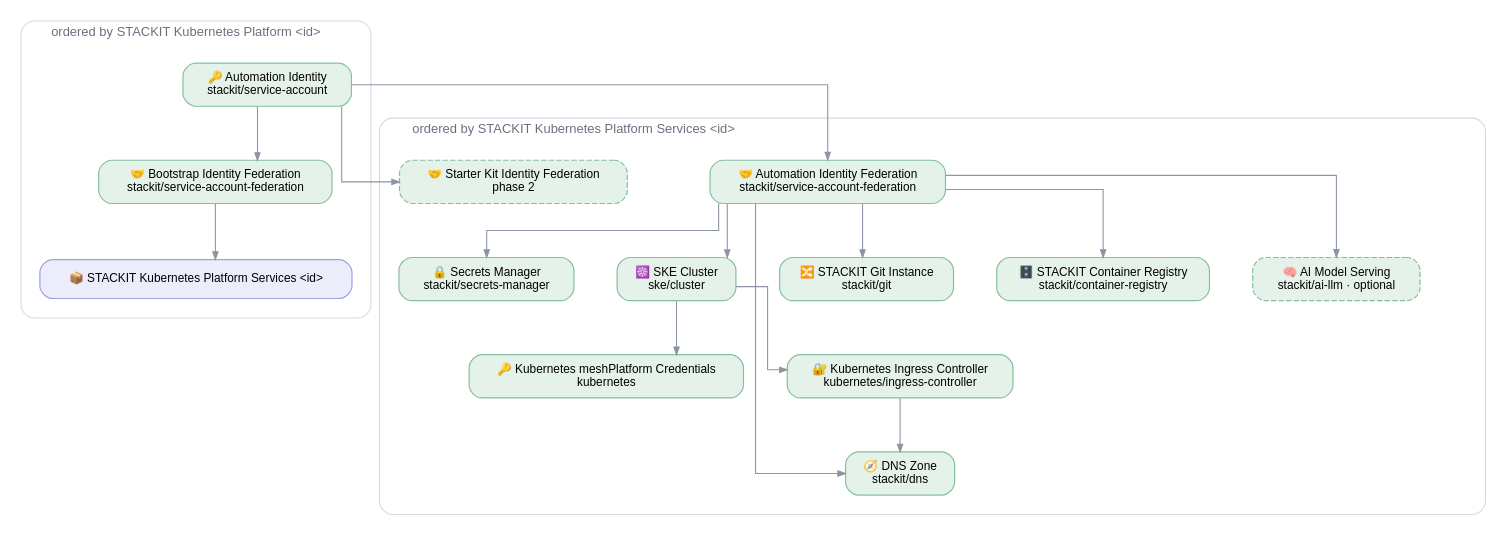
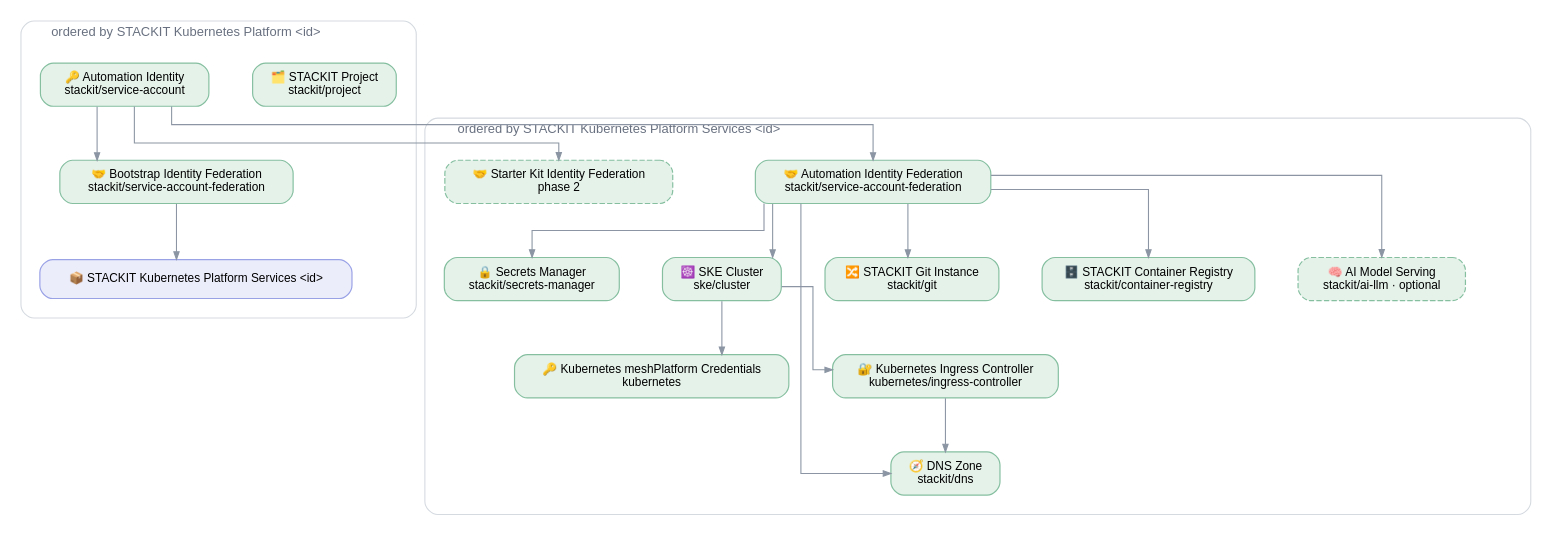
One commit to meshcloud/meshstack-hub changed the diagram in reference-architectures/stackit-kubernetes/stackit-kubernetes-building-blocks.dot. Above: the diagram before and after it, drawn with Graphviz. The commit also changed 17 other files, not shown here.

First line of the commit message:
feat(ref-arch/stackit-kubernetes)!: order STACKIT Project on the platform's tenant

```diff
--- a/reference-architectures/stackit-kubernetes/stackit-kubernetes-building-blocks.dot
+++ b/reference-architectures/stackit-kubernetes/stackit-kubernetes-building-blocks.dot
@@ -1,65 +1,66 @@
 /*
  * Building blocks of the STACKIT Kubernetes Platform, with their parents as meshPanel shows them.
  * Every box is a building block and every arrow points from parent to child; the frames show which
  * run orders the boxes inside them.
  * Conventions: .agents/references/diagrams.md — render with: task diagrams
  */
 digraph stackit_kubernetes_building_blocks {
   rankdir=TB
   splines=ortho
   bgcolor="white"
   nodesep=0.55
   ranksep=0.7
 
   node [shape=box style="rounded,filled" fontname="Helvetica" fontsize=11
         fillcolor="#e5f2ea" color="#85bfa0" penwidth=1.1 margin="0.20,0.11"]
   edge [color="#8b95a3" arrowsize=0.7]
 
   subgraph cluster_outer {
     label="  ordered by STACKIT Kubernetes Platform <id>"
     labeljust=l
     fontname="Helvetica" fontsize=12 fontcolor="#697180"
     style="rounded" color="#d5dae0"
     margin=18
 
+    PRJ   [label="🗂️ STACKIT Project\nstackit/project"]
     SA    [label="🔑 Automation Identity\nstackit/service-account"]
     BOOT  [label="🤝 Bootstrap Identity Federation\nstackit/service-account-federation"]
     SVC   [label="📦 STACKIT Kubernetes Platform Services <id>" fillcolor="#ecedfb" color="#9aa2e6"]
   }
 
   subgraph cluster_platform {
     label="  ordered by STACKIT Kubernetes Platform Services <id>"
     labeljust=l
     fontname="Helvetica" fontsize=12 fontcolor="#697180"
     style="rounded" color="#d5dae0"
     margin=18
 
     FED     [label="🤝 Automation Identity Federation\nstackit/service-account-federation"]
     SKFED   [label="🤝 Starter Kit Identity Federation\nphase 2" style="rounded,filled,dashed"]
     SM      [label="🔒 Secrets Manager\nstackit/secrets-manager"]
     CLUSTER [label="☸️ SKE Cluster\nske/cluster"]
     GIT     [label="🔀 STACKIT Git Instance\nstackit/git"]
     REG     [label="🗄️ STACKIT Container Registry\nstackit/container-registry"]
     AI      [label="🧠 AI Model Serving\nstackit/ai-llm · optional" style="rounded,filled,dashed"]
     CREDS   [label="🔑 Kubernetes meshPlatform Credentials\nkubernetes"]
     ING     [label="🔐 Kubernetes Ingress Controller\nkubernetes/ingress-controller"]
     DNS     [label="🧭 DNS Zone\nstackit/dns"]
 
     { rank=same; SM -> CLUSTER -> GIT -> REG -> AI [style=invis] }
     { rank=same; CREDS -> ING [style=invis] }
   }
 
   SA      -> BOOT
   BOOT    -> SVC
   SA      -> FED
   SA      -> SKFED
   FED     -> SM
   FED     -> CLUSTER
   FED     -> GIT
   FED     -> REG
   FED     -> AI
   CLUSTER -> CREDS
   CLUSTER -> ING
   ING     -> DNS
   FED     -> DNS [constraint=false]
 }
```
